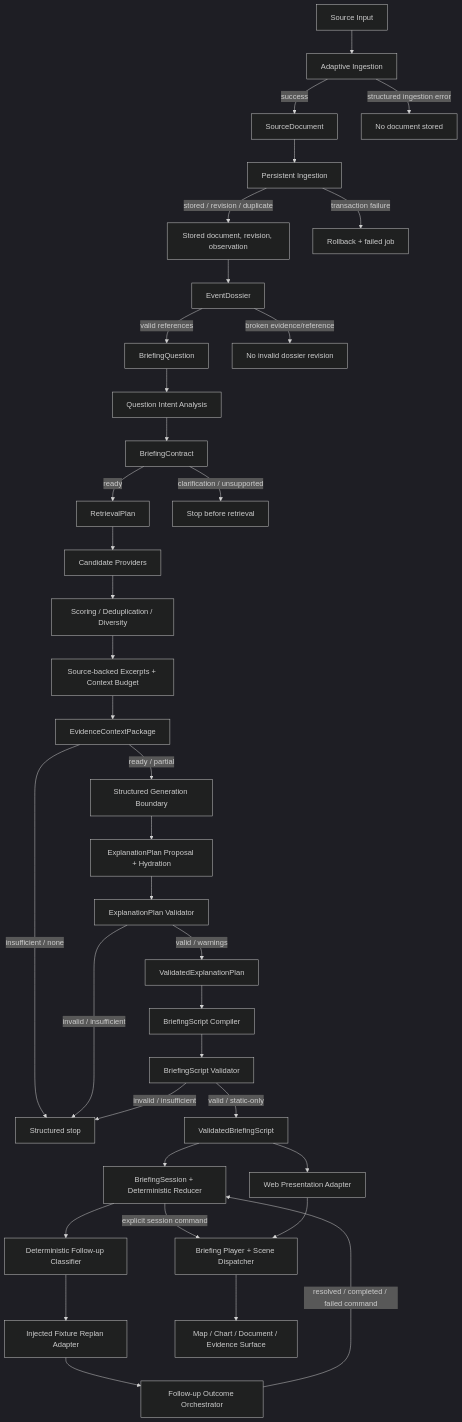
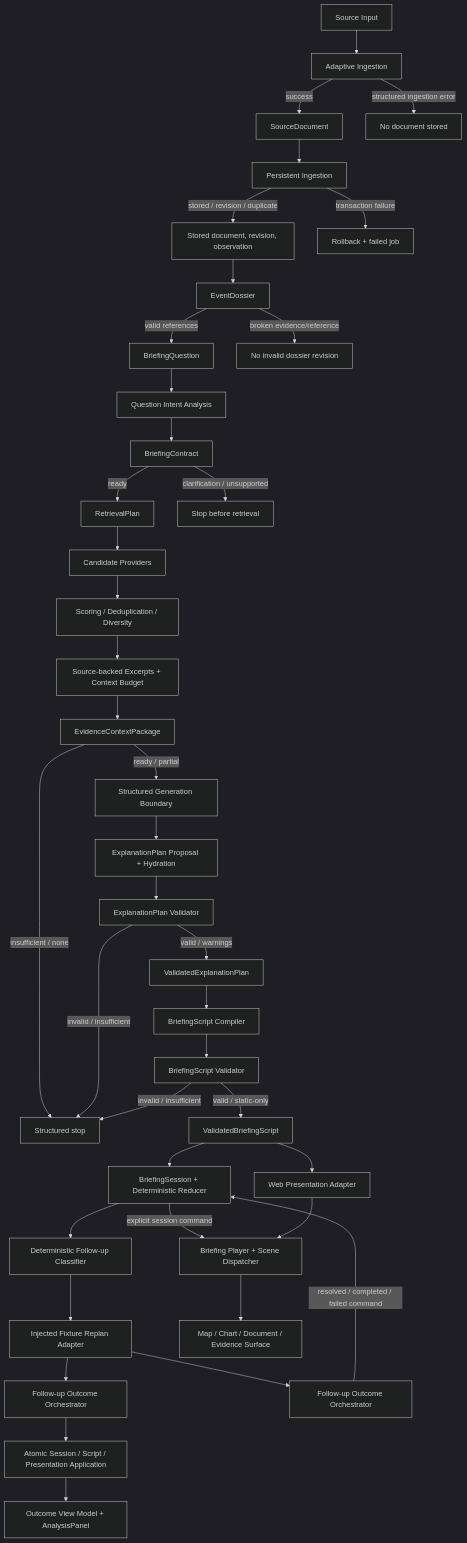
One commit to cooly12241113-glitch/world-news-ai changed the diagram in docs/architecture/End-to-End-Data-Flow.md. Above: the diagram before and after it, drawn with Mermaid (dark theme). The commit also changed other lines of this file and 54 other files, not shown here.

Commit message:
feat: integrate follow-up session UI

````diff
--- a/docs/architecture/End-to-End-Data-Flow.md
+++ b/docs/architecture/End-to-End-Data-Flow.md
@@ -3,39 +7,42 @@
 ```mermaid
 flowchart TD
   S["Source Input"] --> I["Adaptive Ingestion"]
   I -->|success| D["SourceDocument"]
   I -->|structured ingestion error| IF["No document stored"]
   D --> P["Persistent Ingestion"]
   P -->|stored / revision / duplicate| R["Stored document, revision, observation"]
   P -->|transaction failure| PF["Rollback + failed job"]
   R --> E["EventDossier"]
   E -->|valid references| Q["BriefingQuestion"]
   E -->|broken evidence/reference| EF["No invalid dossier revision"]
   Q --> A["Question Intent Analysis"]
   A --> C["BriefingContract"]
   C -->|ready| RP["RetrievalPlan"]
   C -->|clarification / unsupported| CF["Stop before retrieval"]
   RP --> CP["Candidate Providers"]
   CP --> SD["Scoring / Deduplication / Diversity"]
   SD --> X["Source-backed Excerpts + Context Budget"]
   X --> EC["EvidenceContextPackage"]
   EC -->|ready / partial| GP["Structured Generation Boundary"]
   EC -->|insufficient / none| ES["Structured stop"]
   GP --> EP["ExplanationPlan Proposal + Hydration"]
   EP --> EV["ExplanationPlan Validator"]
   EV -->|valid / warnings| VP["ValidatedExplanationPlan"]
   EV -->|invalid / insufficient| ES["Structured stop"]
   VP --> SC["BriefingScript Compiler"]
   SC --> SV["BriefingScript Validator"]
   SV -->|valid / static-only| VS["ValidatedBriefingScript"]
   SV -->|invalid / insufficient| ES
   VS --> WA["Web Presentation Adapter"]
   VS --> BS["BriefingSession + Deterministic Reducer"]
   BS --> FU["Deterministic Follow-up Classifier"]
   FU --> RA["Injected Fixture Replan Adapter"]
+  RA --> AO["Follow-up Outcome Orchestrator"]
+  AO --> AA["Atomic Session / Script / Presentation Application"]
+  AA --> UI["Outcome View Model + AnalysisPanel"]
   RA --> FO["Follow-up Outcome Orchestrator"]
   FO -->|resolved / completed / failed command| BS
   BS -->|explicit session command| BP
   WA --> BP["Briefing Player + Scene Dispatcher"]
   BP --> F["Map / Chart / Document / Evidence Surface"]
 ```
````
